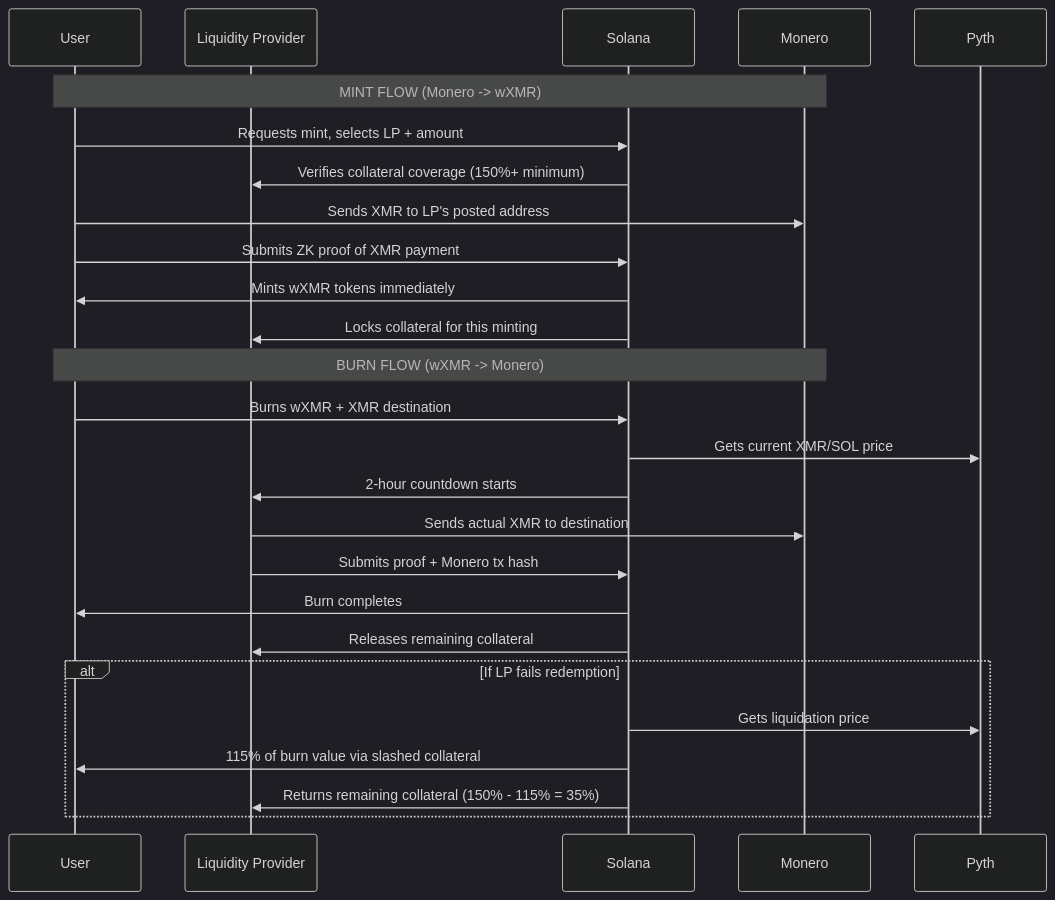
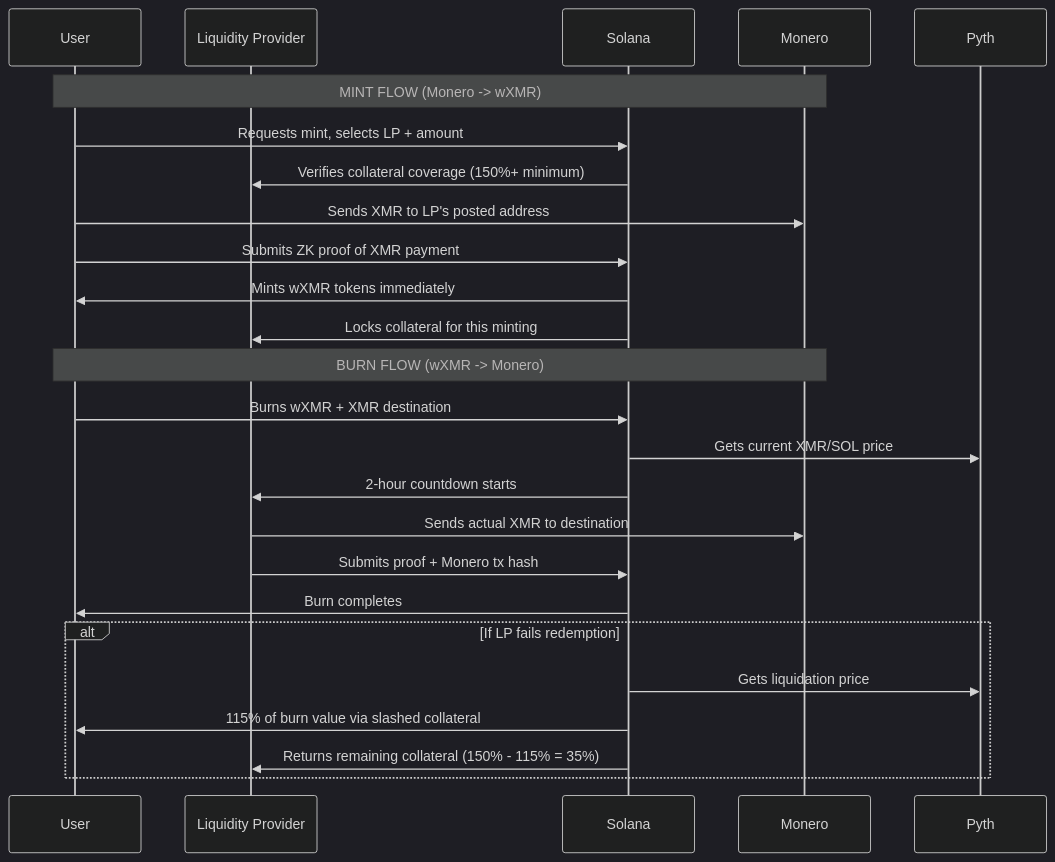
One commit to madschristensen99/fungerbil changed the diagram in SYNTHWRAP.md. Above: the diagram before and after it, drawn with Mermaid (dark theme).

Commit message:
Remove incorrect collateral release on successful burn
- Collateral remains staked after successful redemption
- No collateral movement on successful LP completion
- Corrections to mermaid flow description

````diff
--- a/SYNTHWRAP.md
+++ b/SYNTHWRAP.md
@@ -34,31 +34,30 @@
 ```mermaid
 sequenceDiagram
     participant User
     participant LP as Liquidity Provider
     participant Solana
     participant Monero
     participant Pyth
 
     Note over User,Monero: MINT FLOW (Monero -> wXMR)
     User->>Solana: Requests mint, selects LP + amount
     Solana->>LP: Verifies collateral coverage (150%+ minimum)
     User->>Monero: Sends XMR to LP's posted address
     User->>Solana: Submits ZK proof of XMR payment
     Solana->>User: Mints wXMR tokens immediately
     Solana->>LP: Locks collateral for this minting
 
     Note over User,Monero: BURN FLOW (wXMR -> Monero)
     User->>Solana: Burns wXMR + XMR destination
     Solana->>Pyth: Gets current XMR/SOL price
     Solana->>LP: 2-hour countdown starts
     LP->>Monero: Sends actual XMR to destination
     LP->>Solana: Submits proof + Monero tx hash
     Solana->>User: Burn completes
-    Solana->>LP: Releases remaining collateral
     
     alt If LP fails redemption
         Solana->>Pyth: Gets liquidation price
         Solana->>User: 115% of burn value via slashed collateral
         Solana->>LP: Returns remaining collateral (150% - 115% = 35%)
     end
 ```
````
